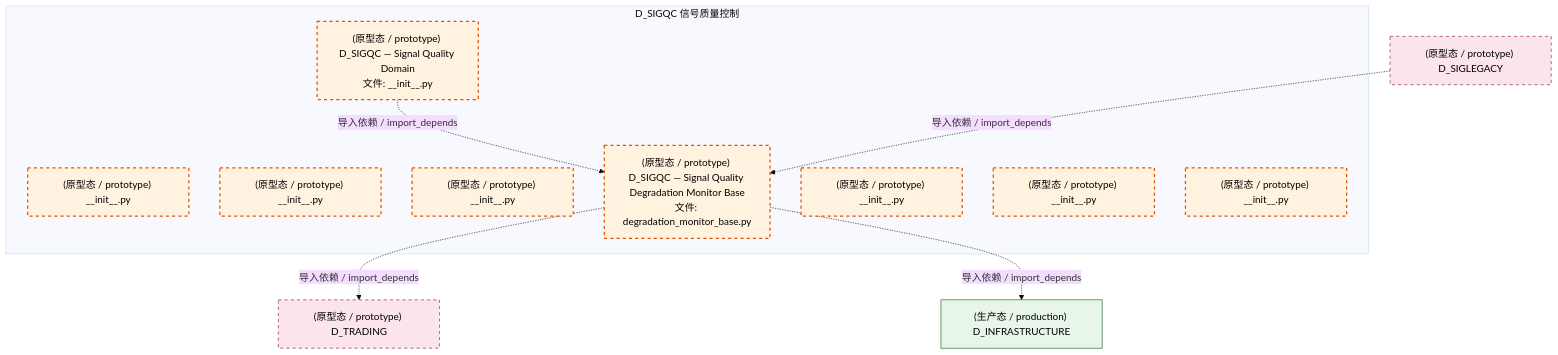
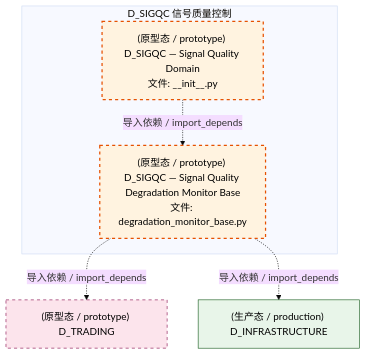
The second of 3 diagrams in docs/02_enterprise_architecture/02_domain_architecture_docs/56_d_sigqc.md (xuanFelixVan/ZephyrAlpha), drawn with Mermaid (base theme) before and after one commit. The commit also changed other lines of this file and 126 other files, not shown here.

````diff
--- a/docs/02_enterprise_architecture/02_domain_architecture_docs/56_d_sigqc.md
+++ b/docs/02_enterprise_architecture/02_domain_architecture_docs/56_d_sigqc.md
@@ -115,27 +100,19 @@
 ```mermaid
 graph TD
     subgraph D_SIGQC["D_SIGQC 信号质量控制"]
         src_zephyr_signal_quality_init_py["(原型态 / prototype) D_SIGQC — Signal Quality Domain<br/>文件: __init__.py"]
-        src_zephyr_signal_quality_extensions_init_py["(原型态 / prototype) __init__.py"]
-        src_zephyr_signal_quality_api_init_py["(原型态 / prototype) __init__.py"]
-        src_zephyr_signal_quality_core_init_py["(原型态 / prototype) __init__.py"]
         src_zephyr_signal_quality_degradation_monitor_base_py["(原型态 / prototype) D_SIGQC — Signal Quality Degradation Monitor Base<br/>文件: degradation_monitor_base.py"]
-        src_zephyr_signal_quality_infrastructure_init_py["(原型态 / prototype) __init__.py"]
-        src_zephyr_signal_quality_models_init_py["(原型态 / prototype) __init__.py"]
-        src_zephyr_signal_quality_services_init_py["(原型态 / prototype) __init__.py"]
     end
     src_zephyr_signal_quality_init_py -.->|导入依赖 / import_depends| src_zephyr_signal_quality_degradation_monitor_base_py
     D_TRADING["(原型态 / prototype) D_TRADING"]
     src_zephyr_signal_quality_degradation_monitor_base_py -.->|导入依赖 / import_depends| D_TRADING
     D_INFRASTRUCTURE["(生产态 / production) D_INFRASTRUCTURE"]
     src_zephyr_signal_quality_degradation_monitor_base_py -.->|导入依赖 / import_depends| D_INFRASTRUCTURE
-    D_SIGLEGACY["(原型态 / prototype) D_SIGLEGACY"]
-    D_SIGLEGACY -.->|导入依赖 / import_depends| src_zephyr_signal_quality_degradation_monitor_base_py
     classDef production fill:#e1f5fe,stroke:#01579b,stroke-width:2px,color:#000
     classDef design fill:#fff3e0,stroke:#e65100,stroke-width:2px,color:#000,stroke-dasharray: 5 5
     classDef external_prod fill:#e8f5e9,stroke:#1b5e20,stroke-width:1px,color:#000
     classDef external_design fill:#fce4ec,stroke:#880e4f,stroke-width:1px,color:#000,stroke-dasharray: 5 5
-    class src_zephyr_signal_quality_init_py,src_zephyr_signal_quality_extensions_init_py,src_zephyr_signal_quality_api_init_py,src_zephyr_signal_quality_core_init_py,src_zephyr_signal_quality_degradation_monitor_base_py,src_zephyr_signal_quality_infrastructure_init_py,src_zephyr_signal_quality_models_init_py,src_zephyr_signal_quality_services_init_py design
+    class src_zephyr_signal_quality_init_py,src_zephyr_signal_quality_degradation_monitor_base_py design
     class D_INFRASTRUCTURE external_prod
-    class D_TRADING,D_SIGLEGACY external_design
+    class D_TRADING external_design
 ```
````
